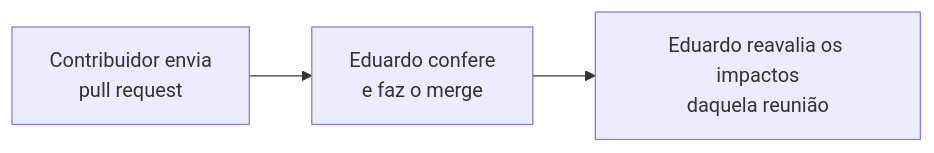
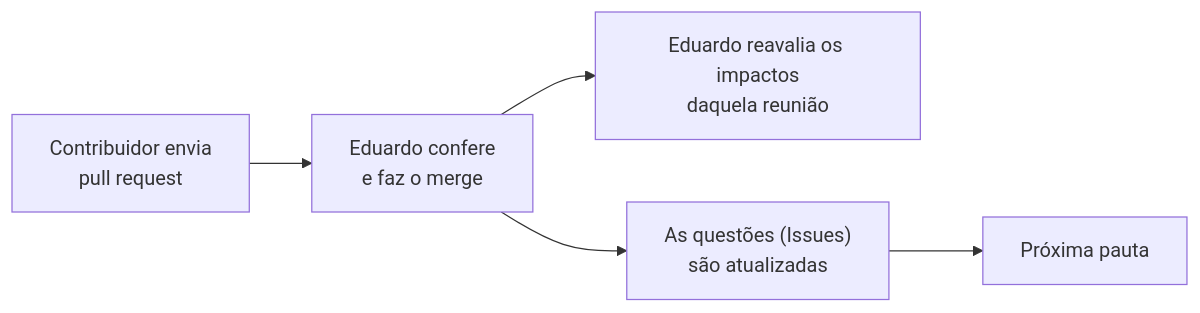
The diagram in docs/reunioes/guiaContrib/README.md (edalcin/Arquitetura-BioCultural), drawn with Mermaid before and after one commit. The commit also changed other lines of this file and 20 other files, not shown here.

First line of the commit message:
docs: Cenário B — governança da arquitetura por Issues, pauta curta, registro de prompts (v3.12.0)

````diff
--- a/docs/reunioes/guiaContrib/README.md
+++ b/docs/reunioes/guiaContrib/README.md
@@ -130,5 +151,7 @@
 ```mermaid
 flowchart LR
   S["Contribuidor envia<br/>pull request"] --> E["Eduardo confere<br/>e faz o merge"]
   E --> L["Eduardo reavalia os impactos<br/>daquela reunião"]
+  E --> Q["As questões (Issues)<br/>são atualizadas"]
+  Q --> P["Próxima pauta"]
 ```
````
